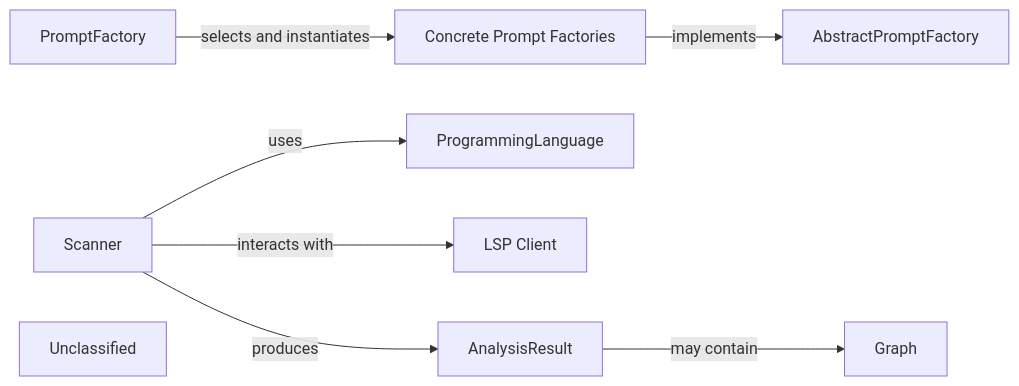
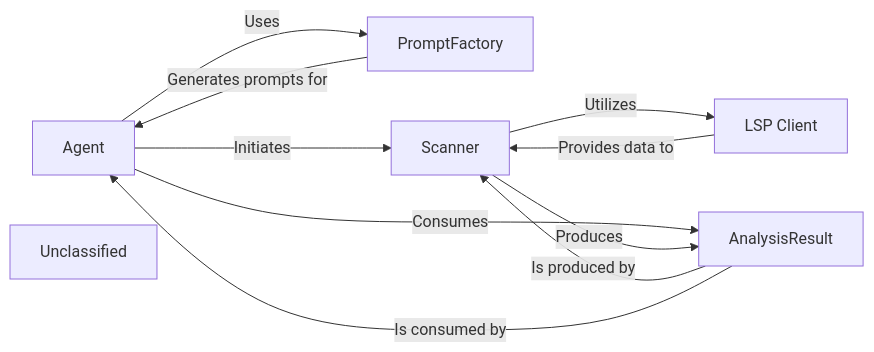
The diagram in .codeboarding/LLM_Prompt_Factory.md (CodeBoarding/CodeBoarding), drawn with Mermaid before and after one commit. The commit also changed other lines of this file and 17 other files, not shown here.

First line of the commit message:
docs: update codeboarding documentation and generate architecture

````diff
--- a/.codeboarding/LLM_Prompt_Factory.md
+++ b/.codeboarding/LLM_Prompt_Factory.md
@@ -1,18 +1,18 @@
 ```mermaid
 graph LR
+    Agent["Agent"]
     PromptFactory["PromptFactory"]
-    AbstractPromptFactory["AbstractPromptFactory"]
-    Concrete_Prompt_Factories["Concrete Prompt Factories"]
     Scanner["Scanner"]
-    ProgrammingLanguage["ProgrammingLanguage"]
     LSP_Client["LSP Client"]
     AnalysisResult["AnalysisResult"]
-    Graph["Graph"]
     Unclassified["Unclassified"]
-    PromptFactory -- "selects and instantiates" --> Concrete_Prompt_Factories
-    Concrete_Prompt_Factories -- "implements" --> AbstractPromptFactory
-    Scanner -- "uses" --> ProgrammingLanguage
-    Scanner -- "interacts with" --> LSP_Client
-    Scanner -- "produces" --> AnalysisResult
-    AnalysisResult -- "may contain" --> Graph
+    Agent -- "Uses" --> PromptFactory
+    Agent -- "Initiates" --> Scanner
+    Agent -- "Consumes" --> AnalysisResult
+    PromptFactory -- "Generates prompts for" --> Agent
+    Scanner -- "Utilizes" --> LSP_Client
+    Scanner -- "Produces" --> AnalysisResult
+    LSP_Client -- "Provides data to" --> Scanner
+    AnalysisResult -- "Is produced by" --> Scanner
+    AnalysisResult -- "Is consumed by" --> Agent
 ```
````
